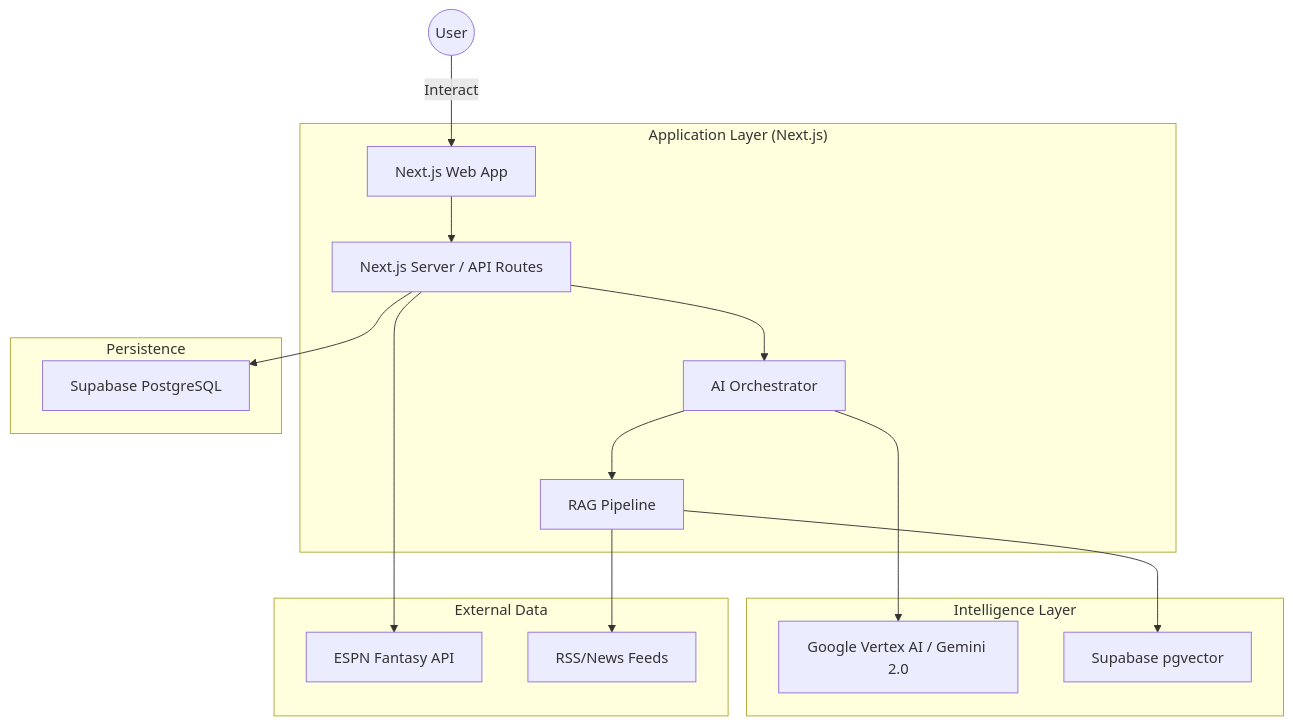
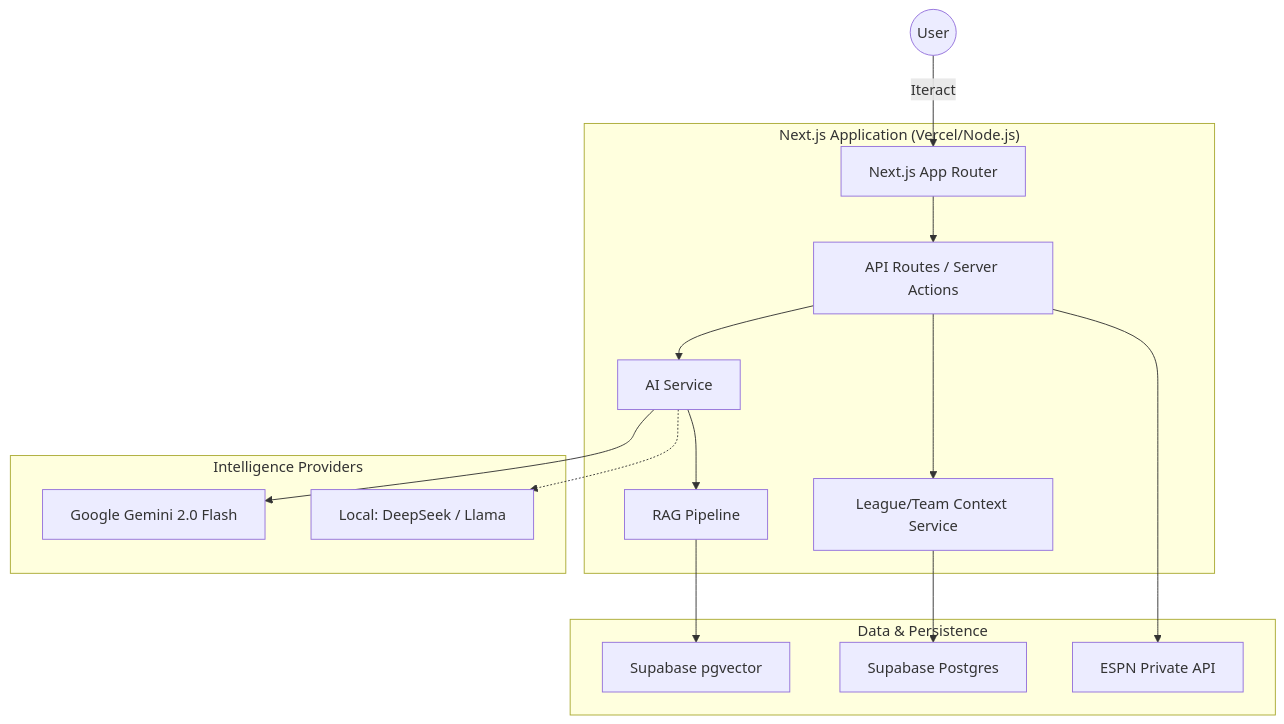
One commit to bpolitiadis/fanvise changed the diagram in docs/technical/Architecture.md. Above: the diagram before and after it, drawn with Mermaid. The commit also changed other lines of this file and 5 other files, not shown here.

Commit message:
feat: Implement and document the RAG pipeline, AI models, and a refactored AI service, updating database schema for vector embeddings and adding new CSS variables.

````diff
--- a/docs/technical/Architecture.md
+++ b/docs/technical/Architecture.md
@@ -9,24 +9,22 @@
 ```mermaid
 graph TD
-    User((User)) -->|Interact| WebUI[Next.js Web App]
+    User((User)) -->|Iteract| WebUI[Next.js App Router]
     
-    subgraph "Application Layer (Next.js)"
-        WebUI --> Server[Next.js Server / API Routes]
-        Server --> Orchestrator[AI Orchestrator]
+    subgraph "Next.js Application (Vercel/Node.js)"
+        WebUI --> API[API Routes / Server Actions]
+        API --> Orchestrator[AI Service]
+        API --> LeagueSvc[League/Team Context Service]
         Orchestrator --> RAG[RAG Pipeline]
     end
     
-    subgraph "Intelligence Layer"
-        Orchestrator --> Gemini[Google Vertex AI / Gemini 2.0]
-        RAG --> SupabaseVector[Supabase pgvector]
+    subgraph "Intelligence Providers"
+        Orchestrator --> Gemini[Google Gemini 2.0 Flash]
+        Orchestrator -.-> Ollama[Local: DeepSeek / Llama]
     end
     
-    subgraph "External Data"
-        Server --> ESPN[ESPN Fantasy API]
-        RAG --> News[RSS/News Feeds]
-    end
-    
-    subgraph "Persistence"
-        Server --> SupabaseDB[Supabase PostgreSQL]
+    subgraph "Data & Persistence"
+        RAG --> SupabaseVector[Supabase pgvector]
+        LeagueSvc --> SupabaseDB[Supabase Postgres]
+        API --> ESPN[ESPN Private API]
     end
 ```
````
